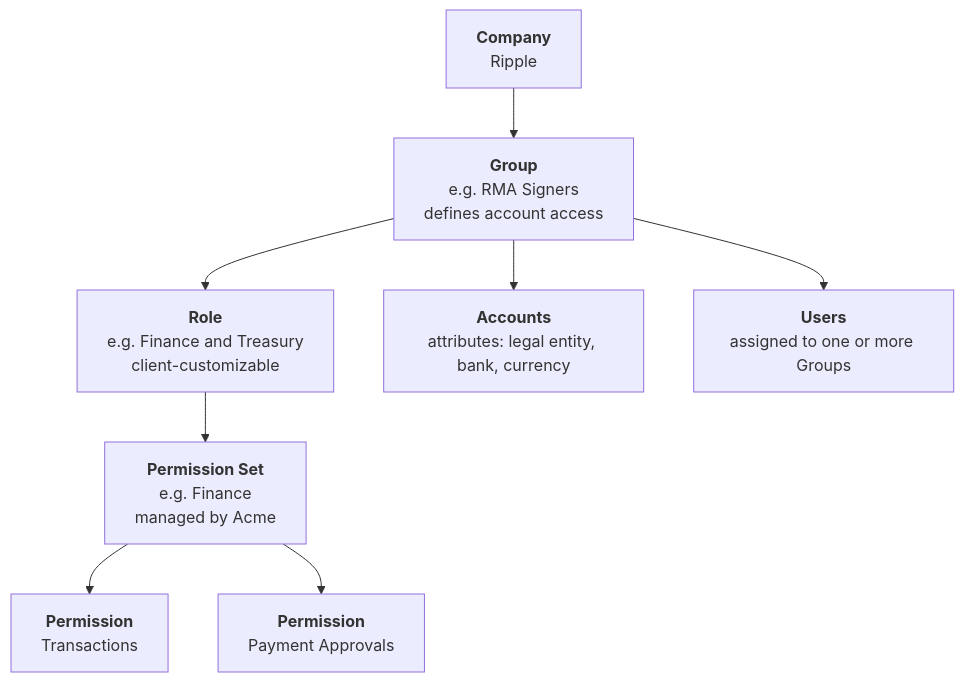
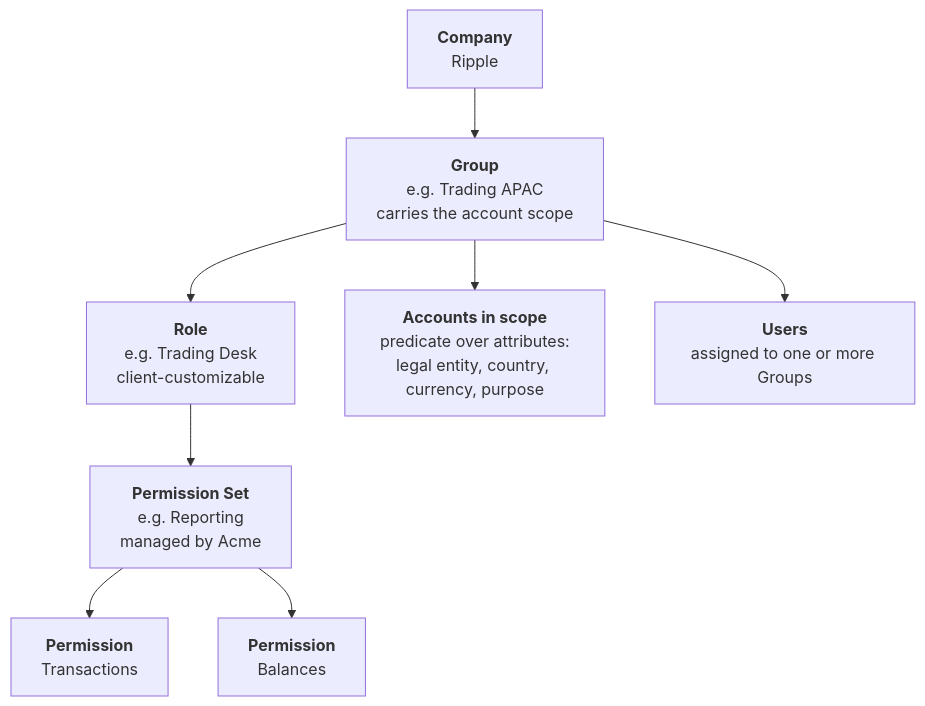
The diagram in organization-background.md (mmteoh-acme/portal-mockup), drawn with Mermaid before and after one commit. The commit also changed other lines of this file and 2 other files, not shown here.

First line of the commit message:
Refine the access hierarchy against the eight team stories

````diff
--- a/organization-background.md
+++ b/organization-background.md
@@ -17,19 +17,19 @@
 ```mermaid
 graph TD
     C["<b>Company</b><br/>Ripple"]
-    G["<b>Group</b><br/>e.g. RMA Signers<br/>defines account access"]
-    R["<b>Role</b><br/>e.g. Finance and Treasury<br/>client-customizable"]
-    PS["<b>Permission Set</b><br/>e.g. Finance<br/>managed by Acme"]
+    G["<b>Group</b><br/>e.g. Trading APAC<br/>carries the account scope"]
+    R["<b>Role</b><br/>e.g. Trading Desk<br/>client-customizable"]
+    PS["<b>Permission Set</b><br/>e.g. Reporting<br/>managed by Acme"]
     P1["<b>Permission</b><br/>Transactions"]
-    P2["<b>Permission</b><br/>Payment Approvals"]
-    A["<b>Accounts</b><br/>attributes: legal entity, bank, currency"]
+    P2["<b>Permission</b><br/>Balances"]
+    A["<b>Accounts in scope</b><br/>predicate over attributes:<br/>legal entity, country, currency, purpose"]
     U["<b>Users</b><br/>assigned to one or more Groups"]
 
     C --> G
     G --> R
     R --> PS
     PS --> P1
     PS --> P2
     G --> A
     G --> U
 ```
````
